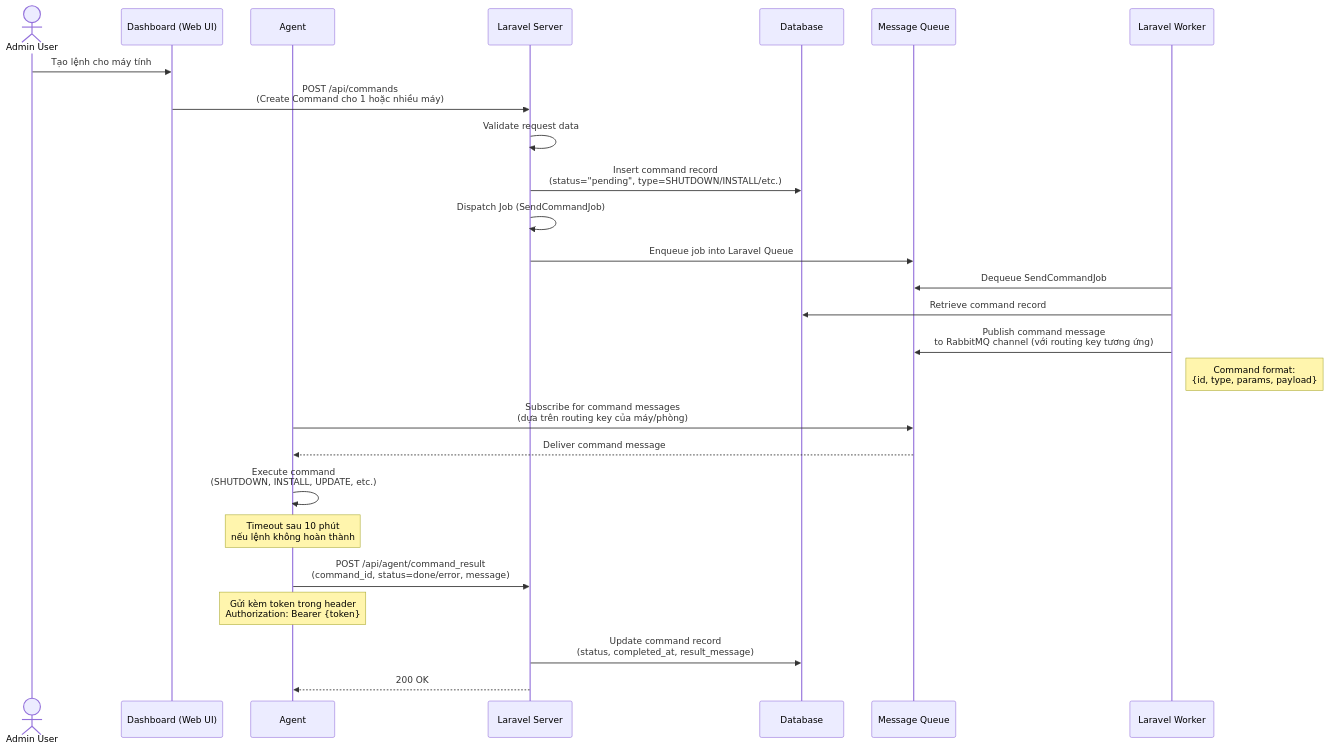
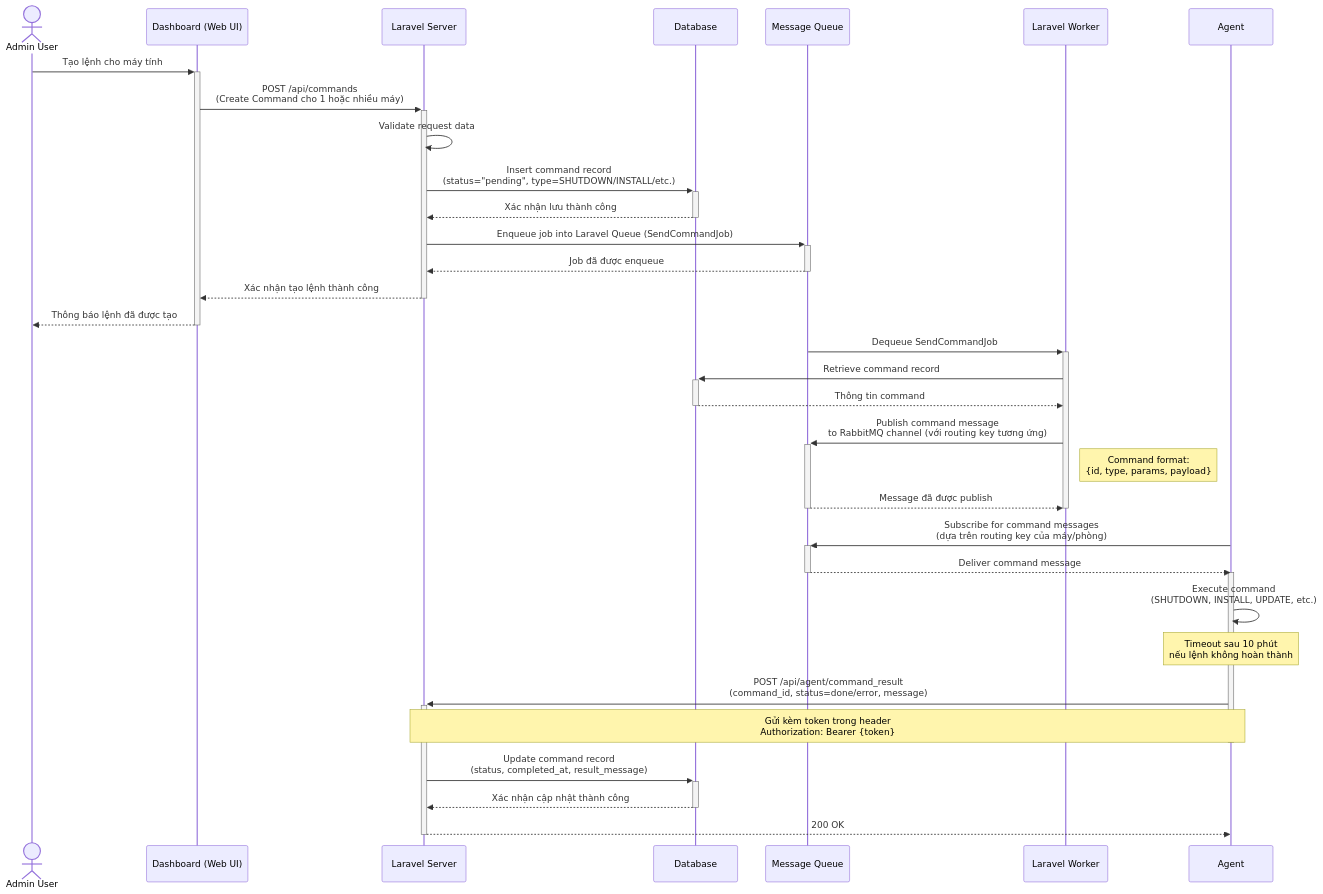
One commit to yamada5131/unilab changed the fourth of 5 diagrams in README.md. Above: the diagram before and after it, drawn with Mermaid. The commit also changed other lines of this file, not shown here.

Commit message:
feat: 🎸 Update sequence diagrams in README for improved clarity on Agent setup, registration, heartbeat mechanism, command execution, and result retrieval

````diff
--- a/README.md
+++ b/README.md
@@ -272,32 +287,41 @@
 ```mermaid
 sequenceDiagram
     actor U as Admin User
     participant D as Dashboard (Web UI)
-    participant A as Agent
     participant S as Laravel Server
     participant DB as Database
     participant MQ as Message Queue
     participant W as Laravel Worker
+    participant A as Agent
 
-    U->>D: Tạo lệnh cho máy tính
-    D->>S: POST /api/commands<br>(Create Command cho 1 hoặc nhiều máy)
+    U->>+D: Tạo lệnh cho máy tính
+    D->>+S: POST /api/commands<br>(Create Command cho 1 hoặc nhiều máy)
     S->>S: Validate request data
-    S->>DB: Insert command record<br>(status="pending", type=SHUTDOWN/INSTALL/etc.)
-    S->>S: Dispatch Job (SendCommandJob)
-    S->>MQ: Enqueue job into Laravel Queue
+    S->>+DB: Insert command record<br>(status="pending", type=SHUTDOWN/INSTALL/etc.)
+    DB-->>-S: Xác nhận lưu thành công
+    S->>+MQ: Enqueue job into Laravel Queue (SendCommandJob)
+    MQ-->>-S: Job đã được enqueue
+    S-->>-D: Xác nhận tạo lệnh thành công
+    D-->>-U: Thông báo lệnh đã được tạo
     
-    W->>MQ: Dequeue SendCommandJob
-    W->>DB: Retrieve command record
-    W->>MQ: Publish command message<br>to RabbitMQ channel (với routing key tương ứng)
+    MQ->>+W: Dequeue SendCommandJob
+    W->>+DB: Retrieve command record
+    DB-->>-W: Thông tin command
+    W->>+MQ: Publish command message<br>to RabbitMQ channel (với routing key tương ứng)
     Note right of W: Command format:<br>{id, type, params, payload}
-
-    A->>MQ: Subscribe for command messages<br>(dựa trên routing key của máy/phòng)
-    MQ-->>A: Deliver command message
+    MQ-->>-W: Message đã được publish
+    deactivate W
     
+    A->>+MQ: Subscribe for command messages<br>(dựa trên routing key của máy/phòng)
+    MQ-->>-A: Deliver command message
+    
+    activate A
     A->>A: Execute command<br>(SHUTDOWN, INSTALL, UPDATE, etc.)
     Note over A: Timeout sau 10 phút<br>nếu lệnh không hoàn thành
-    A->>S: POST /api/agent/command_result<br>(command_id, status=done/error, message)
-    Note over A: Gửi kèm token trong header<br>Authorization: Bearer {token}
-    S->>DB: Update command record<br>(status, completed_at, result_message)
-    S-->>A: 200 OK
+    A->>+S: POST /api/agent/command_result<br>(command_id, status=done/error, message)
+    Note over A,S: Gửi kèm token trong header<br>Authorization: Bearer {token}
+    deactivate A
+    S->>+DB: Update command record<br>(status, completed_at, result_message)
+    DB-->>-S: Xác nhận cập nhật thành công
+    S-->>-A: 200 OK
 ```
````
